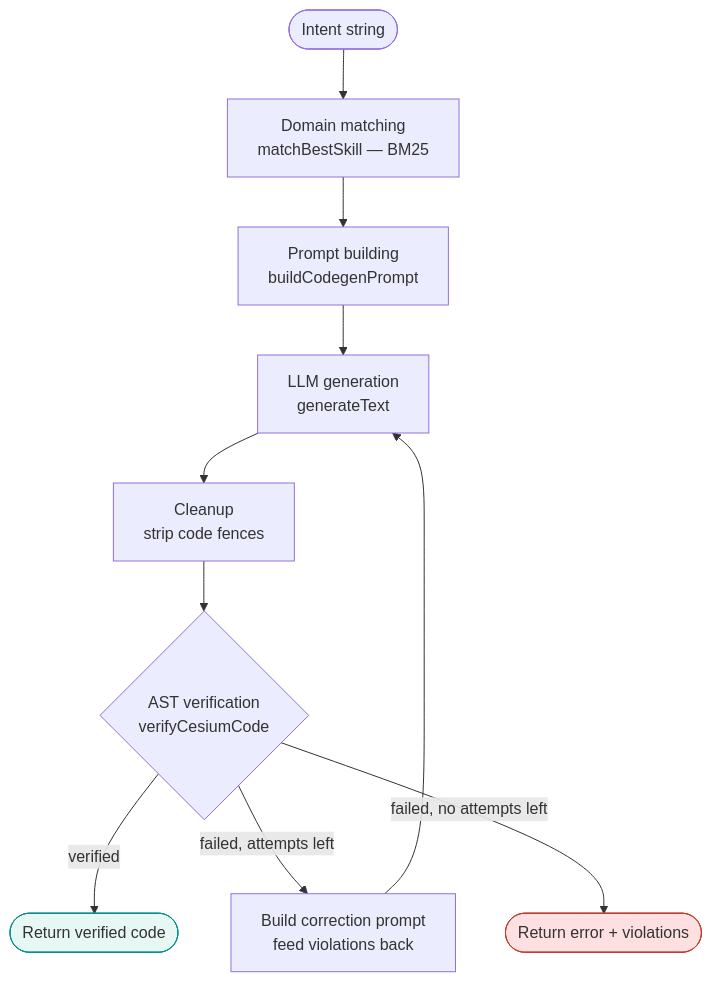
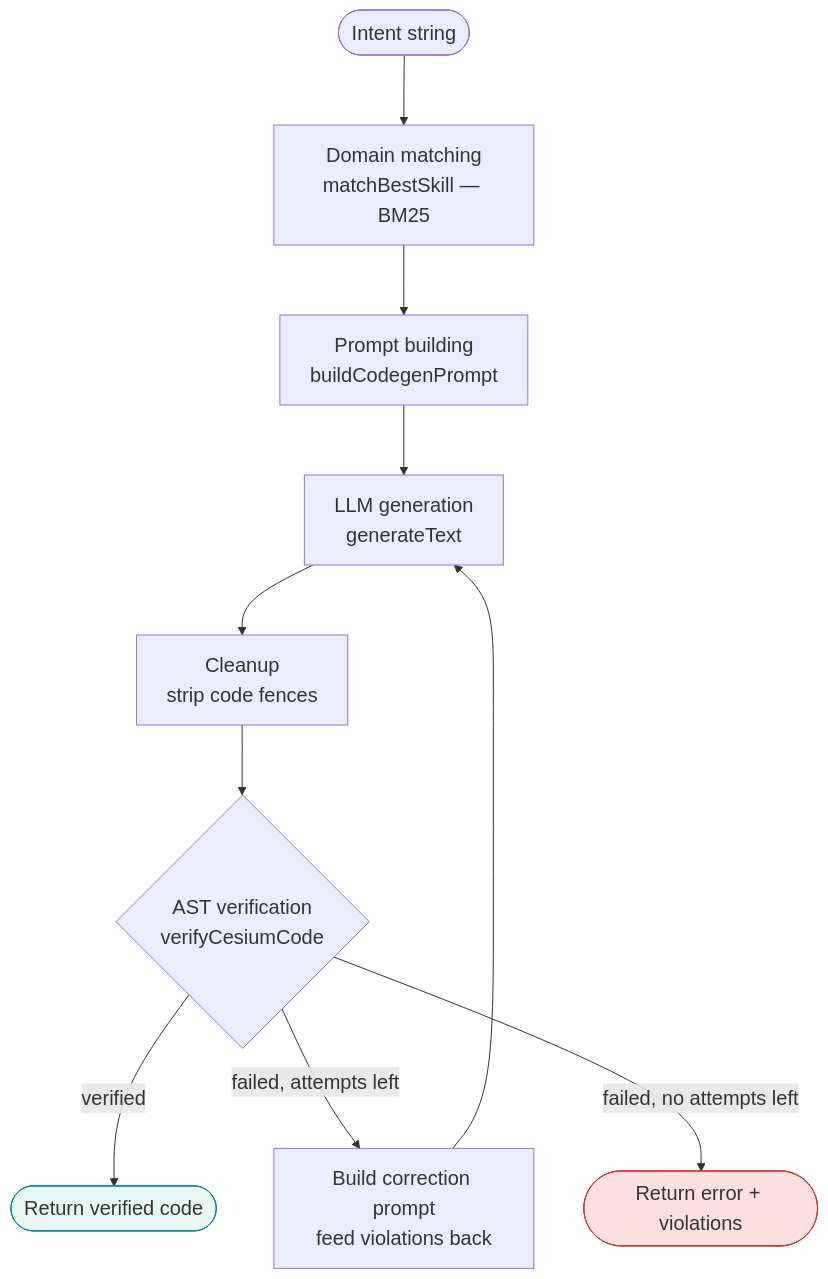
Before and after one commit to CesiumGS/cesiumjs-ai-starter-app: the first of 3 diagrams in docs/tutorials/codegen-pipeline.md, drawn with Mermaid. The commit also changed other lines of this file and 21 other files, not shown here.

````diff
--- a/docs/tutorials/codegen-pipeline.md
+++ b/docs/tutorials/codegen-pipeline.md
@@ -12,15 +12,16 @@
 ```mermaid
+%%{init: {"themeVariables": {"fontSize": "20px"}, "flowchart": {"nodeSpacing": 50, "rankSpacing": 70, "padding": 15}}}%%
 flowchart TD
     A([Intent string]) --> B["Domain matching<br/>matchBestSkill — BM25"]
     B --> C["Prompt building<br/>buildCodegenPrompt"]
     C --> D["LLM generation<br/>generateText"]
     D --> E["Cleanup<br/>strip code fences"]
     E --> F{"AST verification<br/>verifyCesiumCode"}
     F -- verified --> G([Return verified code])
     F -- "failed, attempts left" --> H["Build correction prompt<br/>feed violations back"]
     H --> D
     F -- "failed, no attempts left" --> I([Return error + violations])
 
     style G fill:#e6f7f4,stroke:#008B8B
     style I fill:#ffe0e0,stroke:#c0392b
 ```
````
